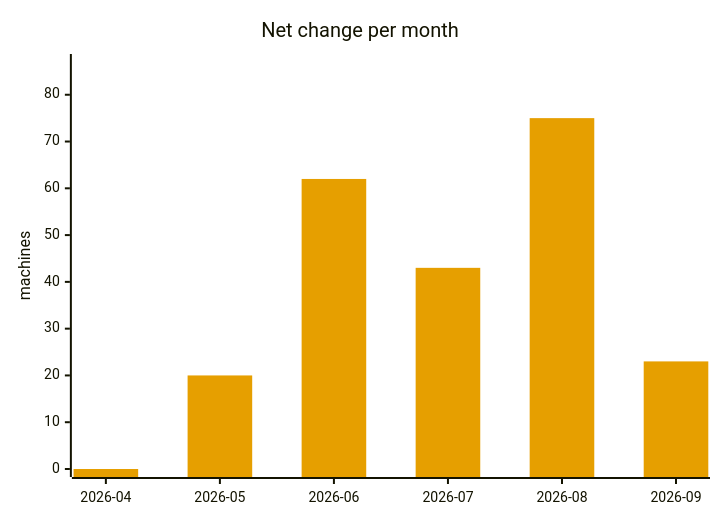
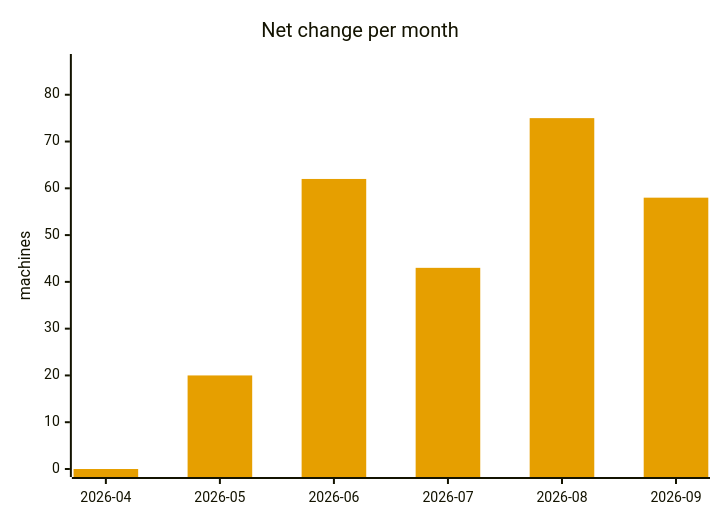
One commit to cheeaun/returnright-data changed the seventh of 7 diagrams in ANALYSIS.md. Above: the diagram before and after it, drawn with Mermaid. The commit also changed other lines of this file and 7 other files, not shown here.

````diff
--- a/ANALYSIS.md
+++ b/ANALYSIS.md
@@ -308,13 +309,13 @@
 ```mermaid
 ---
 config:
   themeVariables:
     xyChart:
       plotColorPalette: "#E69F00"
 ---
 xychart-beta
     title "Net change per month"
     x-axis ["2026-04", "2026-05", "2026-06", "2026-07", "2026-08", "2026-09"]
     y-axis "machines" 0 --> 87
-    bar [0, 20, 62, 43, 75, 23]
+    bar [0, 20, 62, 43, 75, 58]
 ```
````
